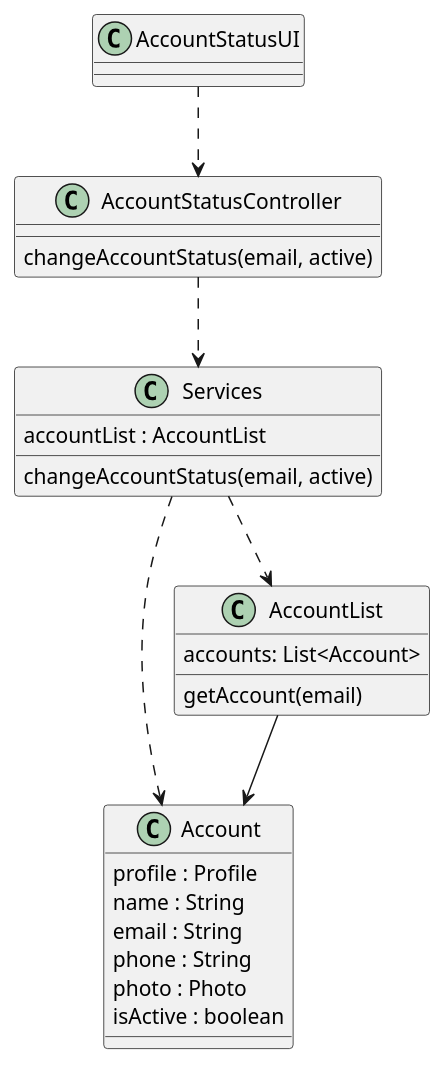
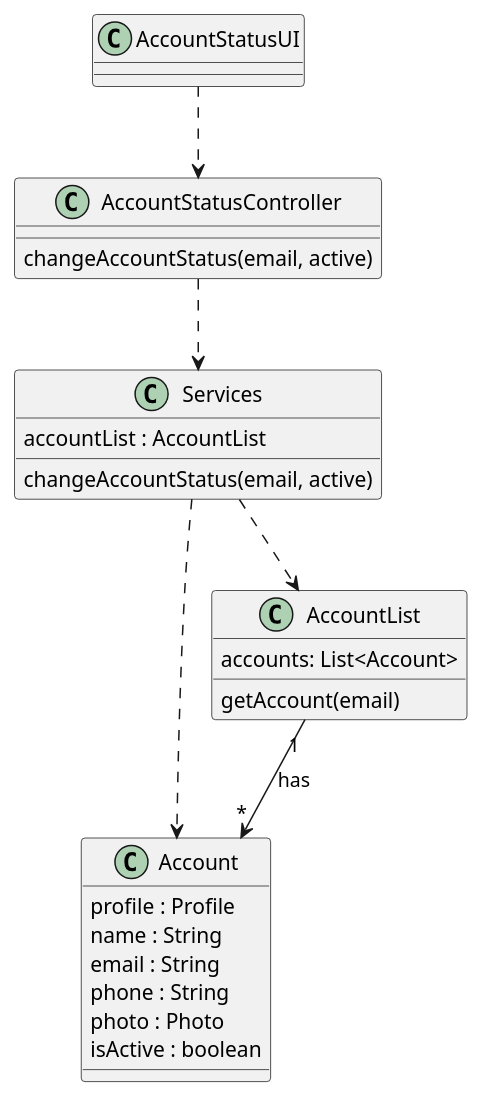
One commit to ivo-menezes/project_g3 changed the diagram in docs/modelling_design/user_stories/us006/US006_ActivateUserAccountCD.puml. Above: the diagram before and after it, drawn with PlantUML.

Commit message:
US006: Design: updated ActivateUserAccountCD

```diff
--- a/docs/modelling_design/user_stories/us006/US006_ActivateUserAccountCD.puml
+++ b/docs/modelling_design/user_stories/us006/US006_ActivateUserAccountCD.puml
@@ -1,35 +1,35 @@
 @startuml
 
 class AccountStatusUI {
 }
 
 class Account {
 profile : Profile
 name : String
 email : String
 phone : String
 photo : Photo
 isActive : boolean
 }
 
 class AccountStatusController {
 changeAccountStatus(email, active)
 }
 
 class Services {
 accountList : AccountList
 changeAccountStatus(email, active)
 }
 
 class "AccountList" {
 accounts: List<Account>
 getAccount(email)
 }
 
 Services ..> Account
 Services ..> "AccountList"
-AccountList --> Account
+AccountList "1" --> "*" Account : has
 AccountStatusController ..> Services
 AccountStatusUI ..> AccountStatusController
 
 @enduml
```
